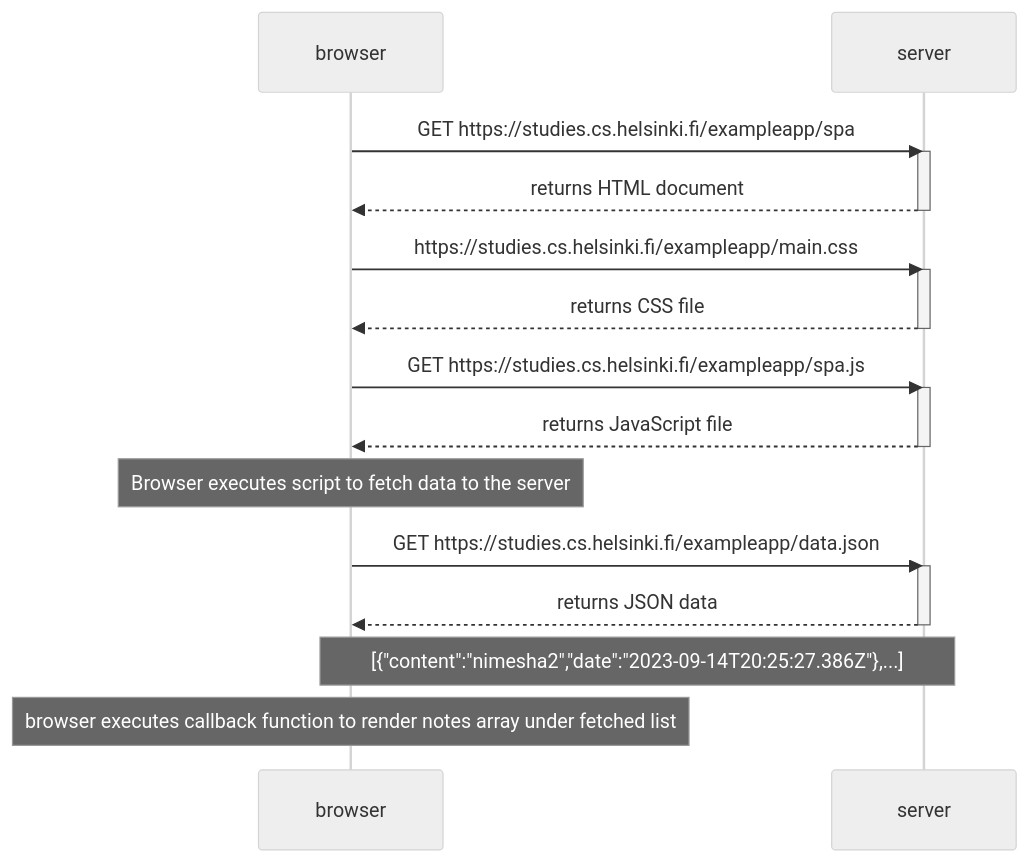
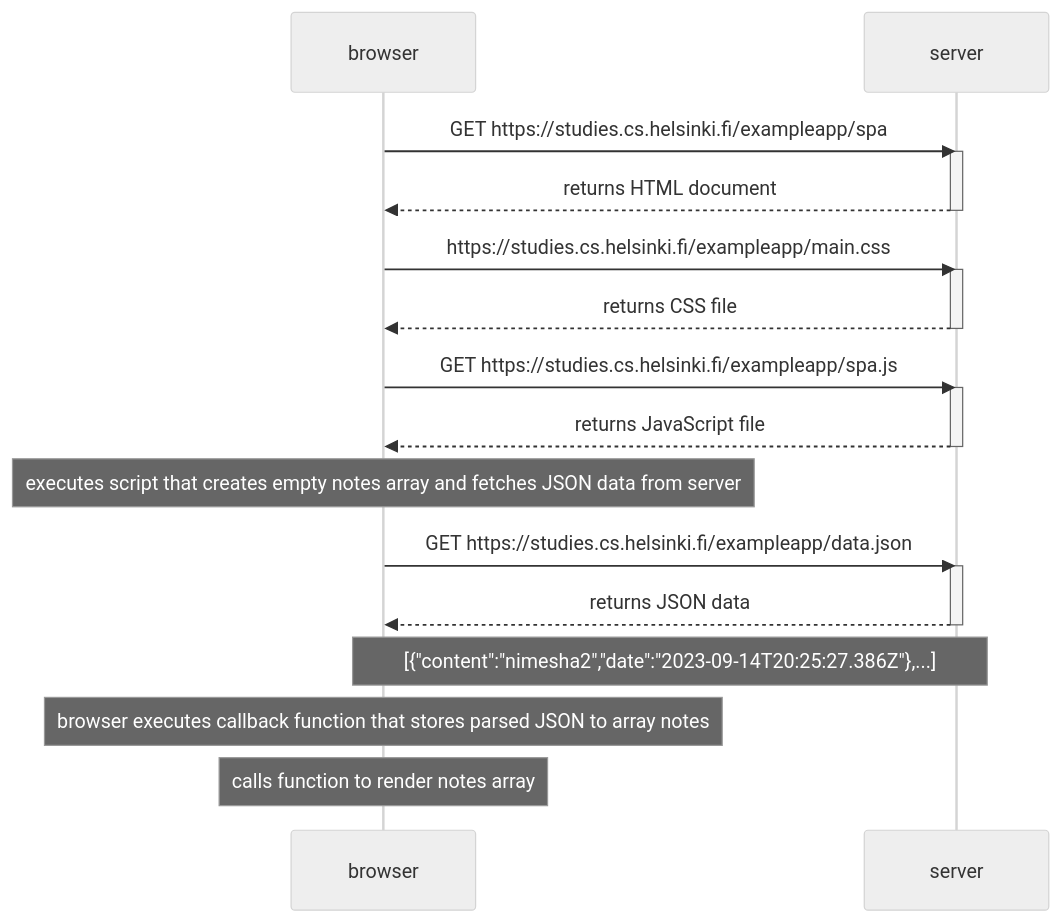
The diagram in part0/0.5-sp-app-diagram.md (Dani-0TB/fullstack-open-submissions), drawn with Mermaid (neutral theme) before and after one commit. The commit also changed 1 other file, not shown here.

Commit message:
final fixes to best represent interactions

````diff
--- a/part0/0.5-sp-app-diagram.md
+++ b/part0/0.5-sp-app-diagram.md
@@ -3,32 +3,34 @@
 ```mermaid
 
 sequenceDiagram
   participant browser
   participant server
+
+
 
   browser->>server: GET https://studies.cs.helsinki.fi/exampleapp/spa
   activate server
   server-->>browser: returns HTML document
   deactivate server
 
   browser->>server: https://studies.cs.helsinki.fi/exampleapp/main.css
   activate server
   server-->>browser: returns CSS file
   deactivate server
   
   browser->>server: GET https://studies.cs.helsinki.fi/exampleapp/spa.js
   activate server
   server-->>browser: returns JavaScript file
   deactivate server
 
-  note over browser: Browser executes script to fetch data to the server
+  note over browser: executes script that creates empty notes array and fetches JSON data from server
   
   browser->>server: GET https://studies.cs.helsinki.fi/exampleapp/data.json
   activate server
   server-->>browser: returns JSON data
   deactivate server
   note over browser,server: [{"content":"nimesha2","date":"2023-09-14T20:25:27.386Z"},...]
-  
 
-  note over browser: browser executes callback function to render notes array under fetched list
+  note over browser: browser executes callback function that stores parsed JSON to array notes
+  note over browser: calls function to render notes array
 ```
````
